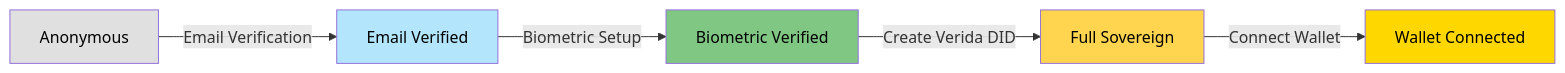
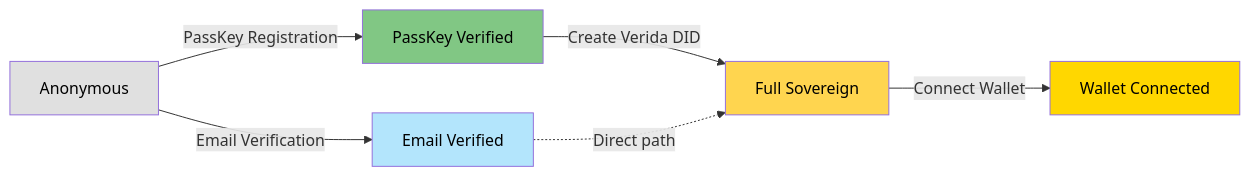
One commit to Kwaai-AI-Lab/KwaaiNet changed the first of 18 diagrams in docs/DATA_FLOWS.md. Above: the diagram before and after it, drawn with Mermaid. The commit also changed other lines of this file, not shown here.

First line of the commit message:
Update authentication architecture to use PassKeys as primary path

````diff
--- a/docs/DATA_FLOWS.md
+++ b/docs/DATA_FLOWS.md
@@ -25,13 +25,14 @@
 ```mermaid
 graph LR
-    A[Anonymous] -->|Email Verification| B[Email Verified]
-    B -->|Biometric Setup| C[Biometric Verified]
-    C -->|Create Verida DID| D[Full Sovereign]
+    A[Anonymous] -->|PassKey Registration| P[PassKey Verified]
+    A -->|Email Verification| B[Email Verified]
+    P -->|Create Verida DID| D[Full Sovereign]
+    B -.->|Direct path| D
     D -->|Connect Wallet| E[Wallet Connected]
 
     style A fill:#E0E0E0,color:#000
+    style P fill:#81C784,color:#000
     style B fill:#B3E5FC,color:#000
-    style C fill:#81C784,color:#000
     style D fill:#FFD54F,color:#000
     style E fill:#FFD700,color:#000
 ```
````
